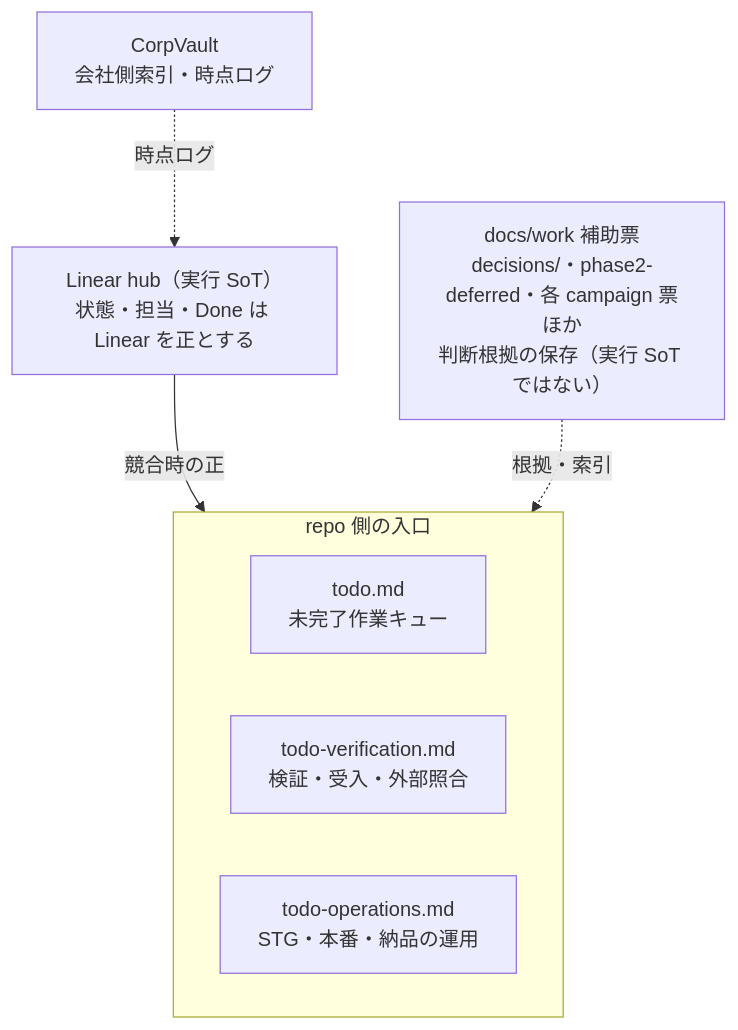
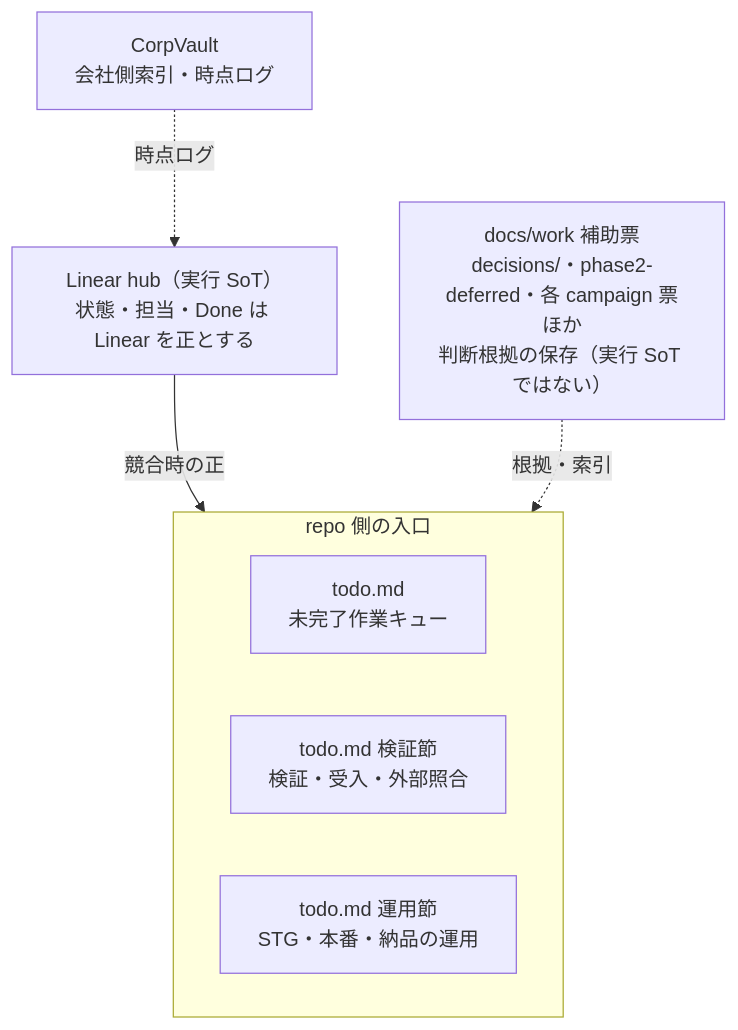
Before and after one commit to MinoruSoga/AnimalEkarte: the diagram in docs/work/README.md, drawn with Mermaid. The commit also changed other lines of this file and 71 other files, not shown here.

````diff
--- a/docs/work/README.md
+++ b/docs/work/README.md
@@ -15,14 +15,14 @@
 ```mermaid
 flowchart TB
     L["Linear hub（実行 SoT）<br>状態・担当・Done は Linear を正とする"]
     subgraph Repo["repo 側の入口"]
         T["todo.md<br>未完了作業キュー"]
-        TV["todo-verification.md<br>検証・受入・外部照合"]
-        TO["todo-operations.md<br>STG・本番・納品の運用"]
+        TV["todo.md 検証節<br>検証・受入・外部照合"]
+        TO["todo.md 運用節<br>STG・本番・納品の運用"]
     end
     W["docs/work 補助票<br>decisions/・phase2-deferred・各 campaign 票ほか<br>判断根拠の保存（実行 SoT ではない）"]
     CV["CorpVault<br>会社側索引・時点ログ"]
     L -->|競合時の正| Repo
     W -.->|根拠・索引| Repo
     CV -.->|時点ログ| L
 ```
````
